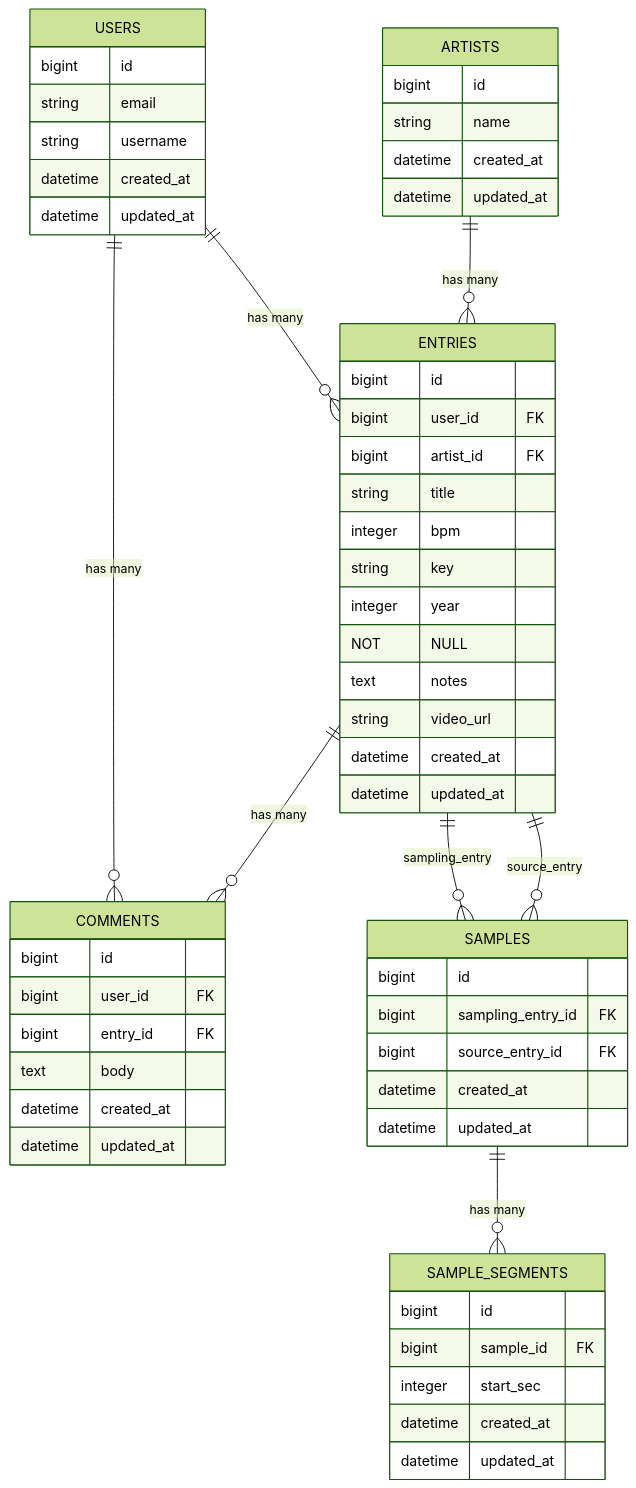
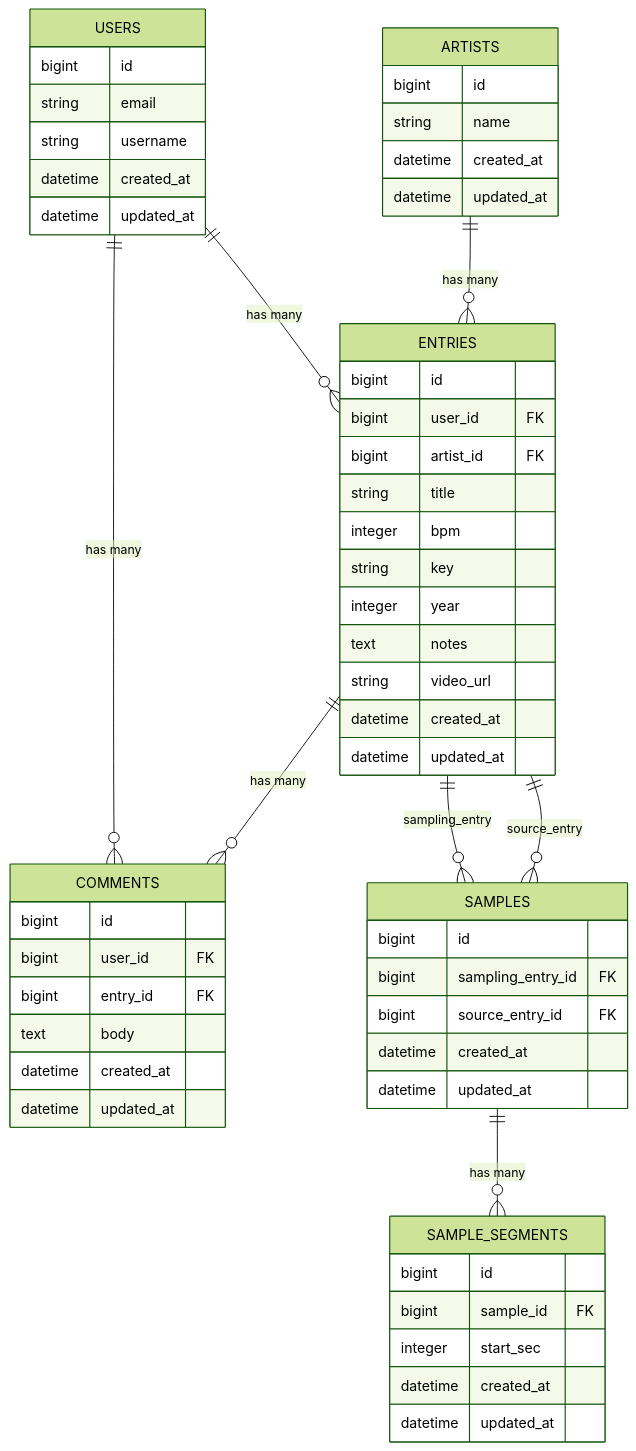
Before and after one commit to up2code3/rails-dream-of-code-app: the diagram in SampleDB.md, drawn with Mermaid (forest theme).

````diff
--- a/SampleDB.md
+++ b/SampleDB.md
@@ -3,68 +3,68 @@
 ```mermaid
 erDiagram
   USERS ||--o{ ENTRIES : "has many"
   USERS ||--o{ COMMENTS : "has many"
   ARTISTS ||--o{ ENTRIES : "has many"
   ENTRIES ||--o{ COMMENTS : "has many"
 
   %% Sampling relationships (entries↔entries via samples)
   ENTRIES ||--o{ SAMPLES : "sampling_entry"
   ENTRIES ||--o{ SAMPLES : "source_entry"
 
   %% Sample segments (timing within source track)
   SAMPLES ||--o{ SAMPLE_SEGMENTS : "has many"
 
   USERS {
     bigint id
     string email
     string username
     datetime created_at
     datetime updated_at
   }
 
   ARTISTS {
     bigint id
     string name
     datetime created_at
     datetime updated_at
   }
 
   ENTRIES {
     bigint id
     bigint user_id FK
     bigint artist_id FK
     string title
     integer bpm
     string key
-    integer year NOT NULL
+    integer year
     text notes
     string video_url
     datetime created_at
     datetime updated_at
   }
 
   COMMENTS {
     bigint id
     bigint user_id FK
     bigint entry_id FK
     text body
     datetime created_at
     datetime updated_at
   }
 
   SAMPLES {
     bigint id
     bigint sampling_entry_id FK
     bigint source_entry_id FK
     datetime created_at
     datetime updated_at
   }
 
   SAMPLE_SEGMENTS {
     bigint id
     bigint sample_id FK
     integer start_sec
     datetime created_at
     datetime updated_at
   }
 ```
````
